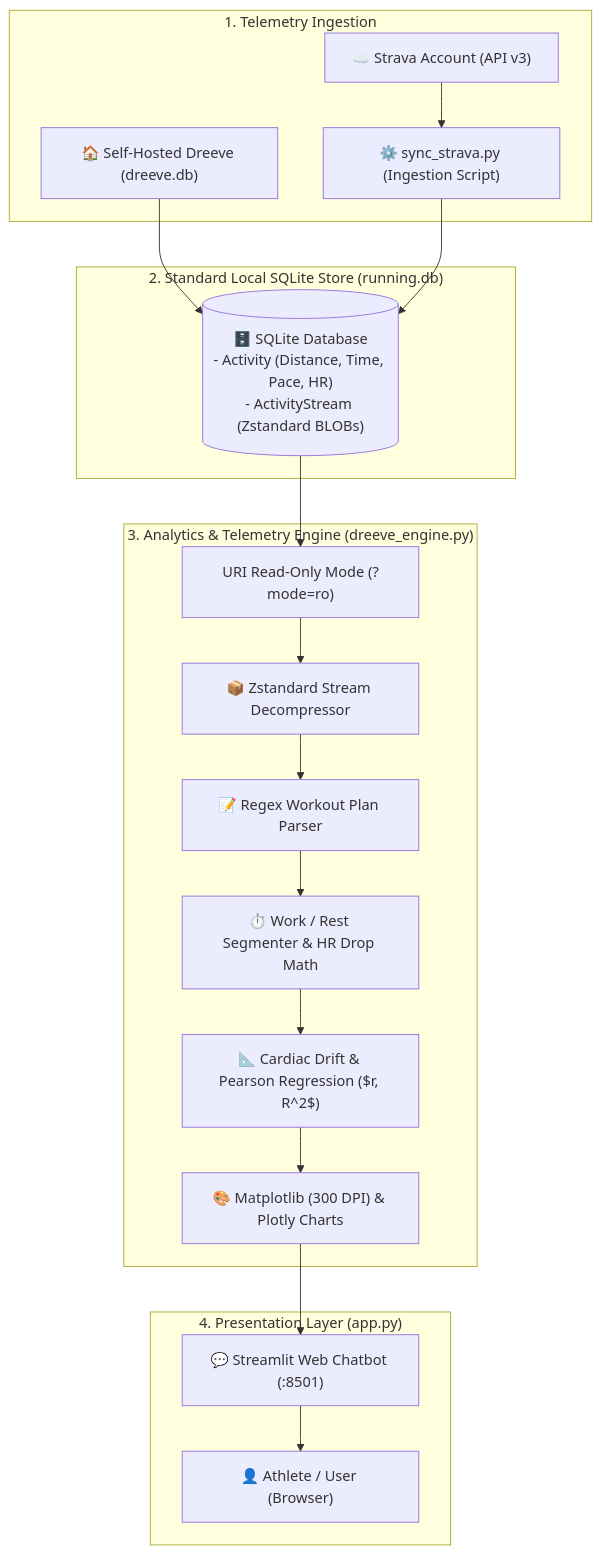
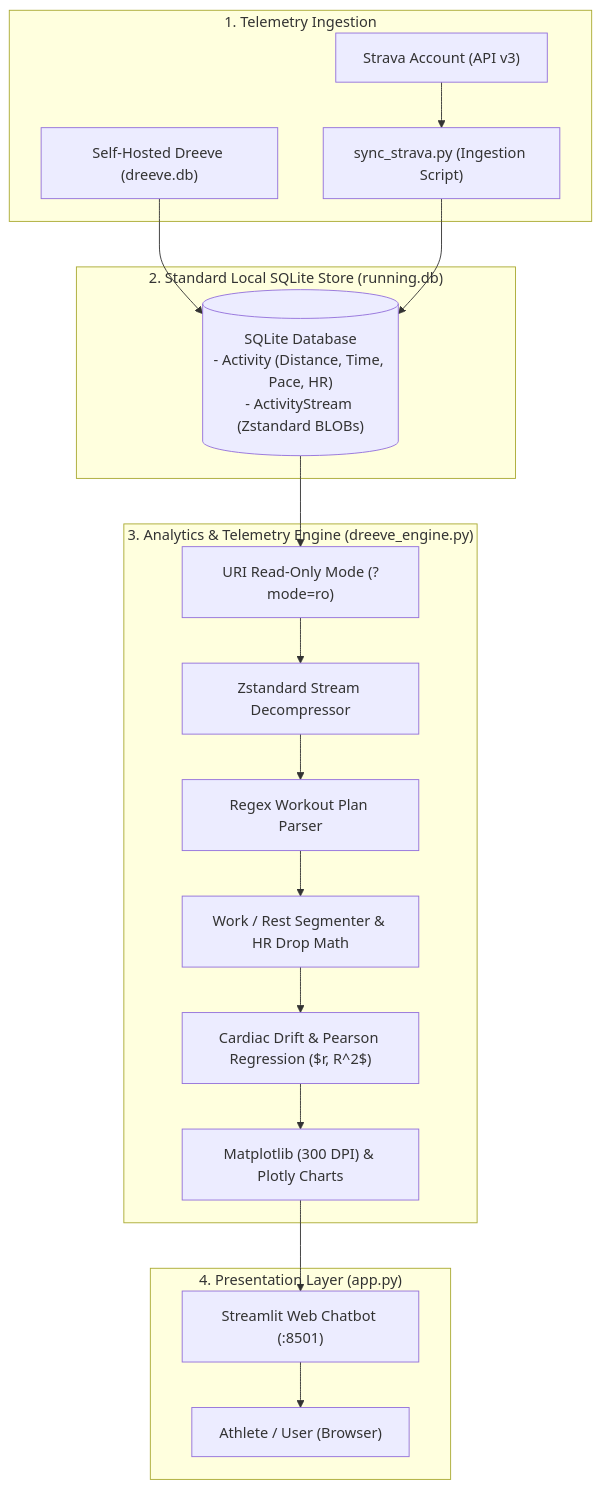
The diagram in SETUP_GUIDE.md (JournalKenobi11/Running-analytics-chatbot), drawn with Mermaid before and after one commit. The commit also changed other lines of this file and 2 other files, not shown here.

Commit message:
docs: remove emojis across documentation

````diff
--- a/SETUP_GUIDE.md
+++ b/SETUP_GUIDE.md
@@ -11,28 +11,28 @@
 ```mermaid
 flowchart TD
     subgraph DataSources["1. Telemetry Ingestion"]
-        Dreeve["🏠 Self-Hosted Dreeve (dreeve.db)"]
-        Strava["☁️ Strava Account (API v3)"]
-        StravaSync["⚙️ sync_strava.py (Ingestion Script)"]
+        Dreeve["Self-Hosted Dreeve (dreeve.db)"]
+        Strava["Strava Account (API v3)"]
+        StravaSync["sync_strava.py (Ingestion Script)"]
         Strava --> StravaSync
     end
 
     subgraph Database["2. Standard Local SQLite Store (running.db)"]
-        Dreeve --> LocalDB[("🗄️ SQLite Database\n- Activity (Distance, Time, Pace, HR)\n- ActivityStream (Zstandard BLOBs)")]
+        Dreeve --> LocalDB[("SQLite Database\n- Activity (Distance, Time, Pace, HR)\n- ActivityStream (Zstandard BLOBs)")]
         StravaSync --> LocalDB
     end
 
     subgraph AnalyticsEngine["3. Analytics & Telemetry Engine (dreeve_engine.py)"]
         LocalDB --> ReadOnly["URI Read-Only Mode (?mode=ro)"]
-        ReadOnly --> Decompress["📦 Zstandard Stream Decompressor"]
-        Decompress --> PlanParser["📝 Regex Workout Plan Parser"]
-        PlanParser --> Segmenter["⏱️ Work / Rest Segmenter & HR Drop Math"]
-        Segmenter --> Biostats["📐 Cardiac Drift & Pearson Regression ($r, R^2$)"]
-        Biostats --> Visualizer["🎨 Matplotlib (300 DPI) & Plotly Charts"]
+        ReadOnly --> Decompress["Zstandard Stream Decompressor"]
+        Decompress --> PlanParser["Regex Workout Plan Parser"]
+        PlanParser --> Segmenter["Work / Rest Segmenter & HR Drop Math"]
+        Segmenter --> Biostats["Cardiac Drift & Pearson Regression ($r, R^2$)"]
+        Biostats --> Visualizer["Matplotlib (300 DPI) & Plotly Charts"]
     end
 
     subgraph Presentation["4. Presentation Layer (app.py)"]
-        Visualizer --> StreamlitUI["💬 Streamlit Web Chatbot (:8501)"]
-        StreamlitUI --> Browser["👤 Athlete / User (Browser)"]
+        Visualizer --> StreamlitUI["Streamlit Web Chatbot (:8501)"]
+        StreamlitUI --> Browser["Athlete / User (Browser)"]
     end
 ```
````
